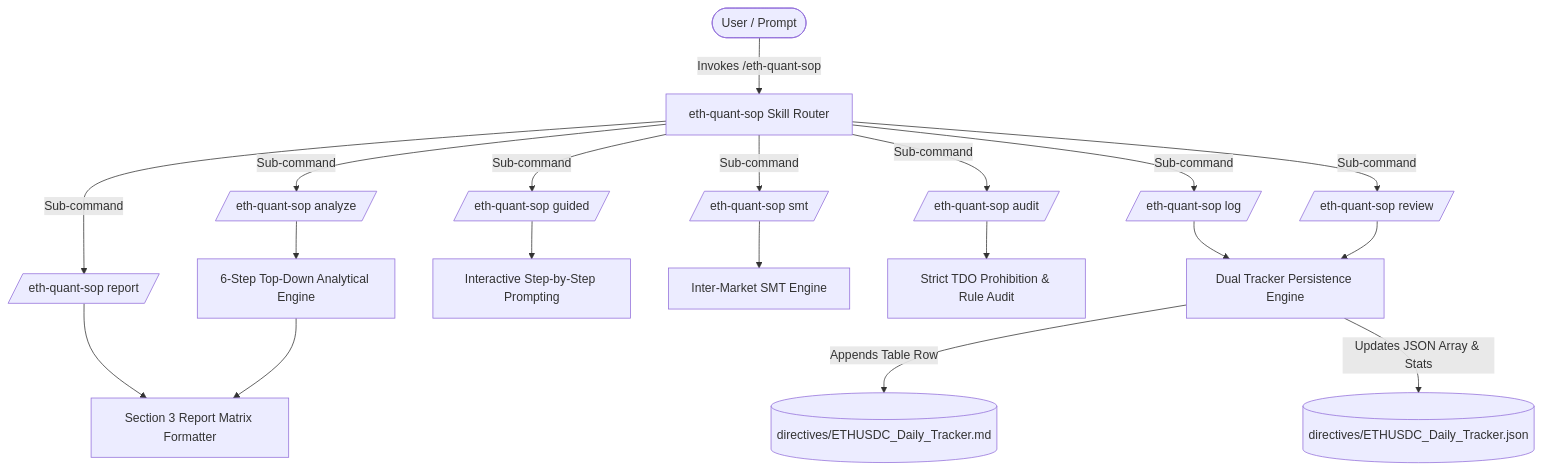
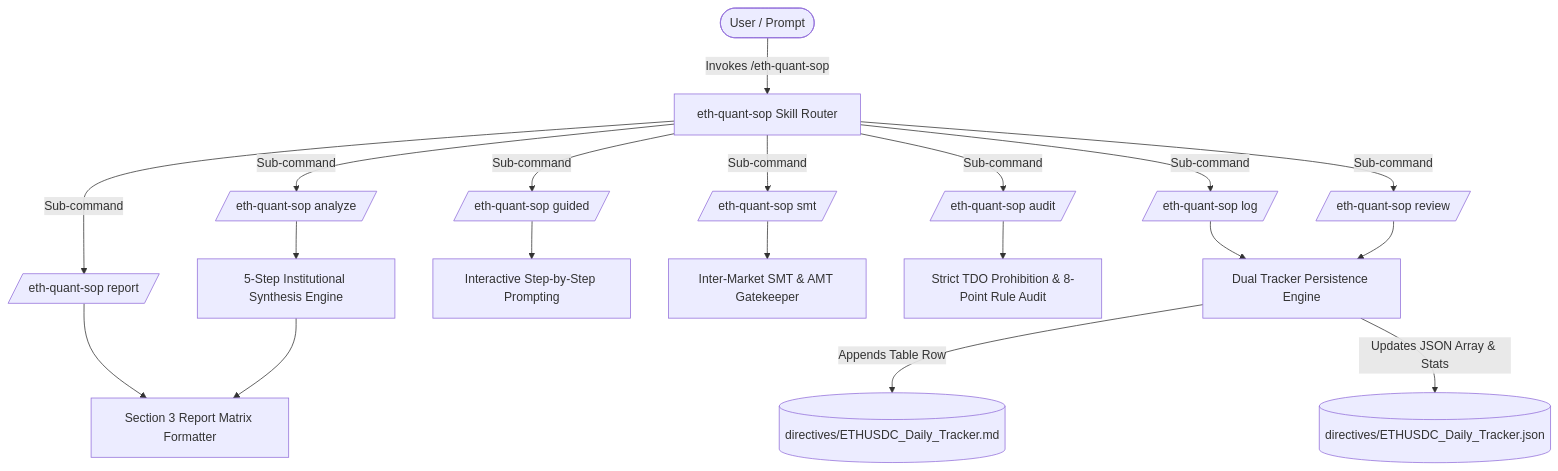
One commit to caslay/Gem_Charts_Data changed the first of 3 diagrams in .agents/skills/eth-quant-sop/references/SKILL_BLUEPRINT.md. Above: the diagram before and after it, drawn with Mermaid. The commit also changed other lines of this file and 10 other files, not shown here.

````diff
--- a/.agents/skills/eth-quant-sop/references/SKILL_BLUEPRINT.md
+++ b/.agents/skills/eth-quant-sop/references/SKILL_BLUEPRINT.md
@@ -20,26 +24,26 @@
 ```mermaid
 graph TD
     User([User / Prompt]) -->|Invokes /eth-quant-sop| SkillEngine[eth-quant-sop Skill Router]
     
     SkillEngine -->|Sub-command| CmdAnalyze[/eth-quant-sop analyze/]
     SkillEngine -->|Sub-command| CmdGuided[/eth-quant-sop guided/]
     SkillEngine -->|Sub-command| CmdSMT[/eth-quant-sop smt/]
     SkillEngine -->|Sub-command| CmdLog[/eth-quant-sop log/]
     SkillEngine -->|Sub-command| CmdReview[/eth-quant-sop review/]
     SkillEngine -->|Sub-command| CmdAudit[/eth-quant-sop audit/]
     SkillEngine -->|Sub-command| CmdReport[/eth-quant-sop report/]
 
-    CmdAnalyze --> QuantWorkflow[6-Step Top-Down Analytical Engine]
+    CmdAnalyze --> QuantWorkflow[5-Step Institutional Synthesis Engine]
     CmdGuided --> StepByStep[Interactive Step-by-Step Prompting]
-    CmdSMT --> SMTValidator[Inter-Market SMT Engine]
-    CmdAudit --> TDOGuard[Strict TDO Prohibition & Rule Audit]
+    CmdSMT --> SMTValidator[Inter-Market SMT & AMT Gatekeeper]
+    CmdAudit --> TDOGuard[Strict TDO Prohibition & 8-Point Rule Audit]
     CmdReport --> MatrixFormatter[Section 3 Report Matrix Formatter]
     
     CmdLog --> TrackerWriter[Dual Tracker Persistence Engine]
     CmdReview --> TrackerWriter
     
     QuantWorkflow --> MatrixFormatter
     
     TrackerWriter -->|Appends Table Row| MDTracker[(directives/ETHUSDC_Daily_Tracker.md)]
     TrackerWriter -->|Updates JSON Array & Stats| JSONTracker[(directives/ETHUSDC_Daily_Tracker.json)]
 ```
````
